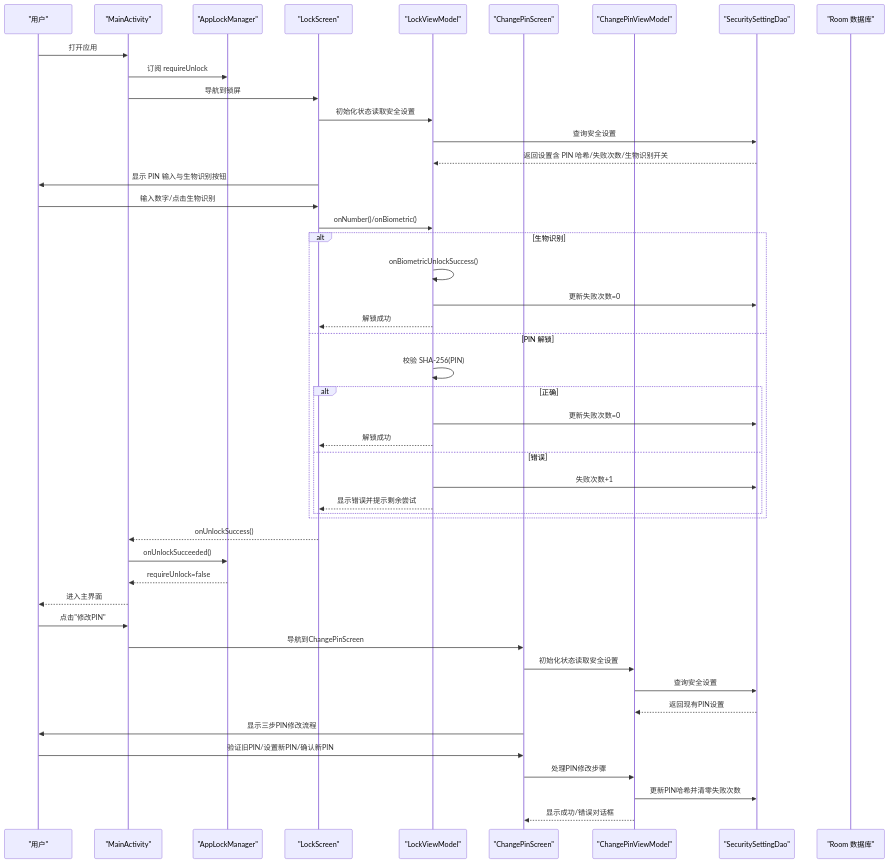
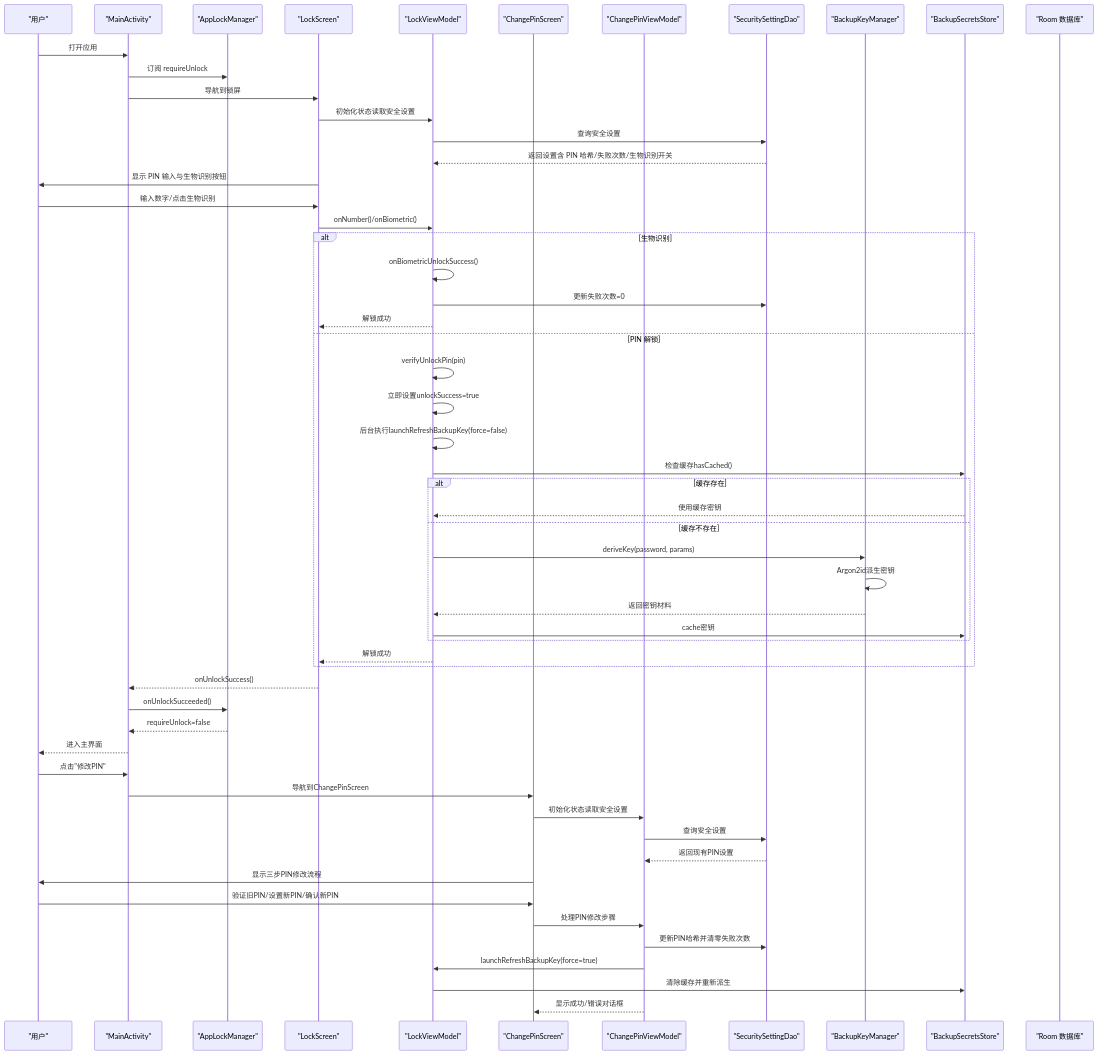
The second of 11 diagrams in .qoder/repowiki/zh/content/项目概述/核心功能特性/安全解锁系统.md (wanhongbo/ai-photo-vault), drawn with Mermaid before and after one commit. The commit also changed other lines of this file and 22 other files, not shown here.

````diff
--- a/.qoder/repowiki/zh/content/项目概述/核心功能特性/安全解锁系统.md
+++ b/.qoder/repowiki/zh/content/项目概述/核心功能特性/安全解锁系统.md
@@ -135,49 +154,58 @@
 ```mermaid
 sequenceDiagram
 participant U as "用户"
 participant MS as "MainActivity"
 participant ALM as "AppLockManager"
 participant LS as "LockScreen"
 participant LVM as "LockViewModel"
 participant CPS as "ChangePinScreen"
 participant CPVM as "ChangePinViewModel"
 participant DAO as "SecuritySettingDao"
+participant BK as "BackupKeyManager"
+participant BS as "BackupSecretsStore"
 participant DB as "Room 数据库"
 U->>MS : 打开应用
 MS->>ALM : 订阅 requireUnlock
 MS->>LS : 导航到锁屏
 LS->>LVM : 初始化状态读取安全设置
 LVM->>DAO : 查询安全设置
 DAO-->>LVM : 返回设置含 PIN 哈希/失败次数/生物识别开关
 LS->>U : 显示 PIN 输入与生物识别按钮
 U->>LS : 输入数字/点击生物识别
 LS->>LVM : onNumber()/onBiometric()
 alt 生物识别
 LVM->>LVM : onBiometricUnlockSuccess()
 LVM->>DAO : 更新失败次数=0
 LVM-->>LS : 解锁成功
 else PIN 解锁
-LVM->>LVM : 校验 SHA-256(PIN)
-alt 正确
-LVM->>DAO : 更新失败次数=0
+LVM->>LVM : verifyUnlockPin(pin)
+LVM->>LVM : 立即设置unlockSuccess=true
+LVM->>LVM : 后台执行launchRefreshBackupKey(force=false)
+LVM->>BS : 检查缓存hasCached()
+alt 缓存存在
+BS-->>LVM : 使用缓存密钥
+else 缓存不存在
+LVM->>BK : deriveKey(password, params)
+BK->>BK : Argon2id派生密钥
+BK-->>LVM : 返回密钥材料
+LVM->>BS : cache密钥
+end
 LVM-->>LS : 解锁成功
-else 错误
-LVM->>DAO : 失败次数+1
-LVM-->>LS : 显示错误并提示剩余尝试
-end
 end
 LS-->>MS : onUnlockSuccess()
 MS->>ALM : onUnlockSucceeded()
 ALM-->>MS : requireUnlock=false
 MS-->>U : 进入主界面
 U->>MS : 点击"修改PIN"
 MS->>CPS : 导航到ChangePinScreen
 CPS->>CPVM : 初始化状态读取安全设置
 CPVM->>DAO : 查询安全设置
 DAO-->>CPVM : 返回现有PIN设置
 CPS->>U : 显示三步PIN修改流程
 U->>CPS : 验证旧PIN/设置新PIN/确认新PIN
 CPS->>CPVM : 处理PIN修改步骤
 CPVM->>DAO : 更新PIN哈希并清零失败次数
+CPVM->>LVM : launchRefreshBackupKey(force=true)
+LVM->>BS : 清除缓存并重新派生
 CPVM-->>CPS : 显示成功/错误对话框
 ```
````
